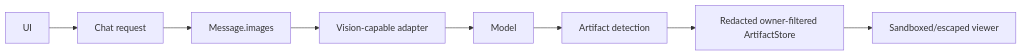
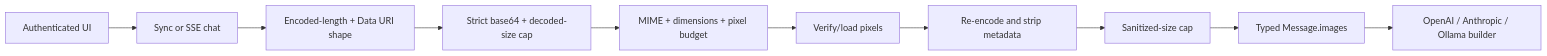
One commit to levalencia/archon changed the diagram in docs/course/concepts/multimodal-and-artifacts.md. Above: the diagram before and after it, drawn with Mermaid. The commit also changed other lines of this file and 15 other files, not shown here.

````diff
--- a/docs/course/concepts/multimodal-and-artifacts.md
+++ b/docs/course/concepts/multimodal-and-artifacts.md
@@ -19,10 +17,12 @@
 ```mermaid
 flowchart LR
-    UI --> Chat[Chat request]
-    Chat --> Message[Message.images]
-    Message --> Adapter[Vision-capable adapter]
-    Adapter --> Model
-    Model --> Detector[Artifact detection]
-    Detector --> Store[Redacted owner-filtered ArtifactStore]
-    Store --> Viewer[Sandboxed/escaped viewer]
+    UI[Authenticated UI] --> Route[Sync or SSE chat]
+    Route --> Encoded[Encoded-length + Data URI shape]
+    Encoded --> Bytes[Strict base64 + decoded-size cap]
+    Bytes --> Header[MIME + dimensions + pixel budget]
+    Header --> Decode[Verify/load pixels]
+    Decode --> Sanitize[Re-encode and strip metadata]
+    Sanitize --> OutputCap[Sanitized-size cap]
+    OutputCap --> Message[Typed Message.images]
+    Message --> Adapter[OpenAI / Anthropic / Ollama builder]
 ```
````
